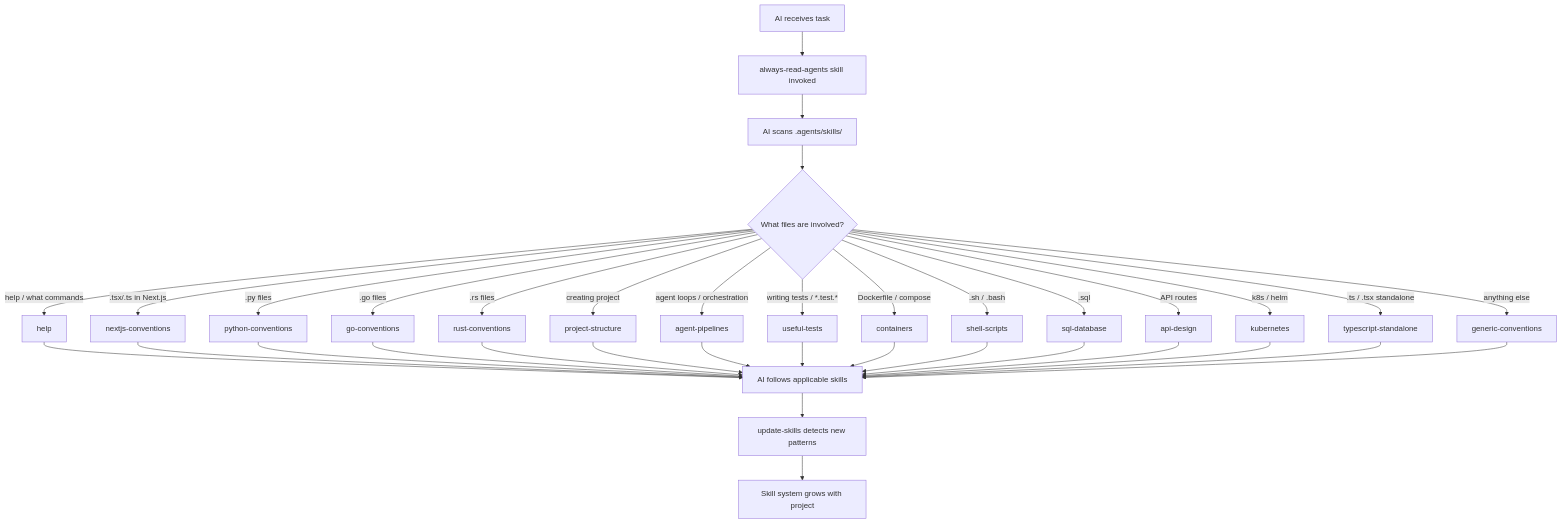
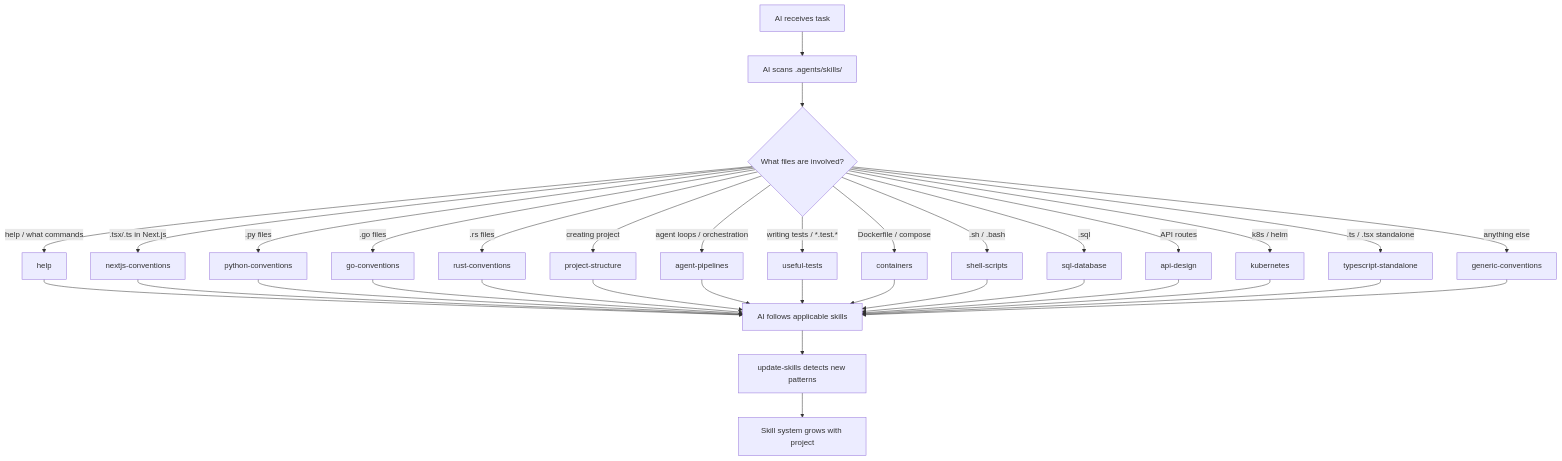
One commit to jtmb/ingenium changed the second of 2 diagrams in README.md. Above: the diagram before and after it, drawn with Mermaid. The commit also changed other lines of this file and 29 other files, not shown here.

Commit message:
refactor: remove always-read-agents skill — AGENTS.md already tells AI to scan skills dir

````diff
--- a/README.md
+++ b/README.md
@@ -135,38 +134,37 @@
 ```mermaid
 graph TD
-    A[AI receives task] --> B[always-read-agents skill invoked]
-    B --> C[AI scans .agents/skills/]
+    A[AI receives task] --> C[AI scans .agents/skills/]
     C --> D{What files are involved?}
     D -->|.tsx/.ts in Next.js| E[nextjs-conventions]
     D -->|.py files| F[python-conventions]
     D -->|.go files| G[go-conventions]
     D -->|.rs files| H[rust-conventions]
     D -->|creating project| P[project-structure]
     D -->|agent loops / orchestration| AP[agent-pipelines]
     D -->|writing tests / *.test.*| UT[useful-tests]
     D -->|help / what commands| HL[help]
     HL --> J
     D -->|Dockerfile / compose| X1[containers]
     D -->|.sh / .bash| X2[shell-scripts]
     D -->|.sql| X3[sql-database]
     D -->|API routes| X4[api-design]
     D -->|k8s / helm| X5[kubernetes]
     D -->|.ts / .tsx standalone| X6[typescript-standalone]
     D -->|anything else| I[generic-conventions]
     E --> J[AI follows applicable skills]
     F --> J
     G --> J
     H --> J
     P --> J
     AP --> J
     UT --> J
     X1 --> J
     X2 --> J
     X3 --> J
     X4 --> J
     X5 --> J
     X6 --> J
     I --> J
     J --> K[update-skills detects new patterns]
     K --> L[Skill system grows with project]
 ```
````
